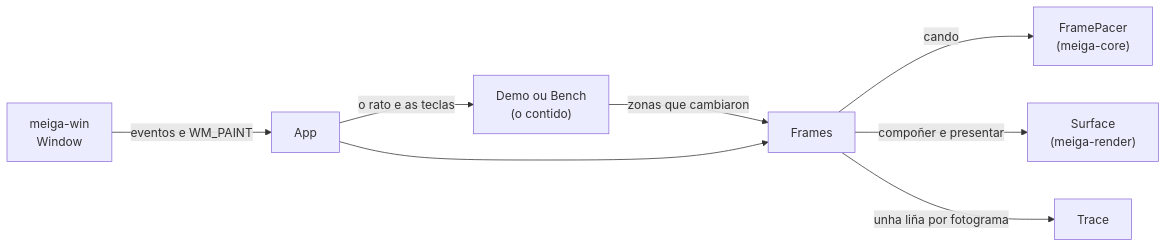
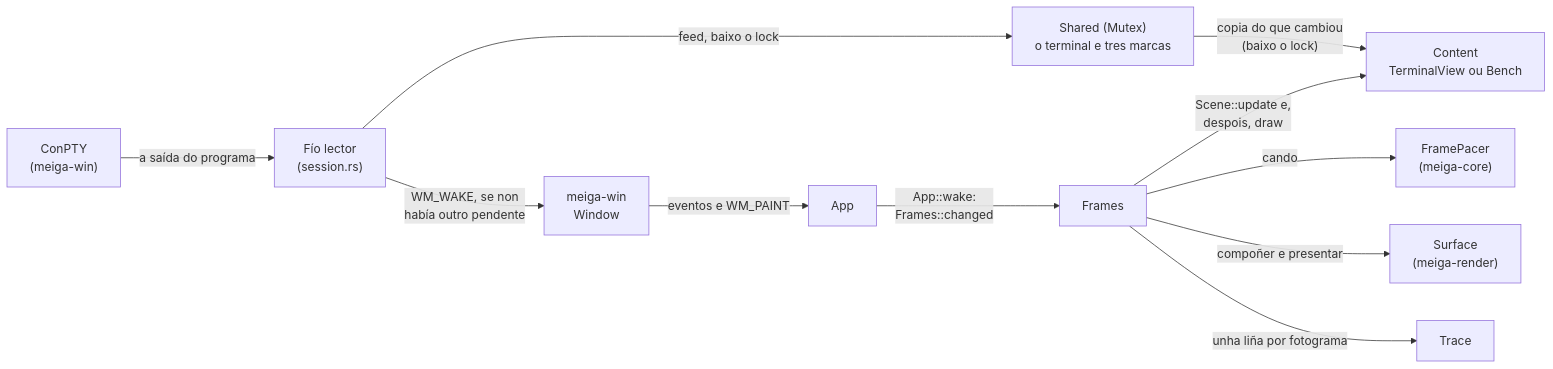
The diagram in docs/codigo/meiga.md (NewHouses/meiga), drawn with Mermaid before and after one commit. The commit also changed other lines of this file and 52 other files, not shown here.

````diff
--- a/docs/codigo/meiga.md
+++ b/docs/codigo/meiga.md
@@ -22,10 +23,13 @@
 ```mermaid
 graph LR
-    win["meiga-win<br/>Window"] -- "eventos e WM_PAINT" --> app["App"]
-    app -- "o rato e as teclas" --> demo["Demo ou Bench<br/>(o contido)"]
-    demo -- "zonas que cambiaron" --> frames["Frames"]
-    app --> frames
+    conpty["ConPTY<br/>(meiga-win)"] -- "a saída do programa" --> reader["Fío lector<br/>(session.rs)"]
+    reader -- "feed, baixo o lock" --> shared["Shared (Mutex)<br/>o terminal e tres marcas"]
+    reader -- "WM_WAKE, se non<br/>había outro pendente" --> win["meiga-win<br/>Window"]
+    win -- "eventos e WM_PAINT" --> app["App"]
+    app -- "App::wake:<br/>Frames::changed" --> frames["Frames"]
+    frames -- "Scene::update e,<br/>despois, draw" --> content["Content<br/>TerminalView ou Bench"]
+    shared -- "copia do que cambiou<br/>(baixo o lock)" --> content
     frames -- "cando" --> pacer["FramePacer<br/>(meiga-core)"]
     frames -- "compoñer e presentar" --> surface["Surface<br/>(meiga-render)"]
     frames -- "unha liña por fotograma" --> trace["Trace"]
 ```
````
